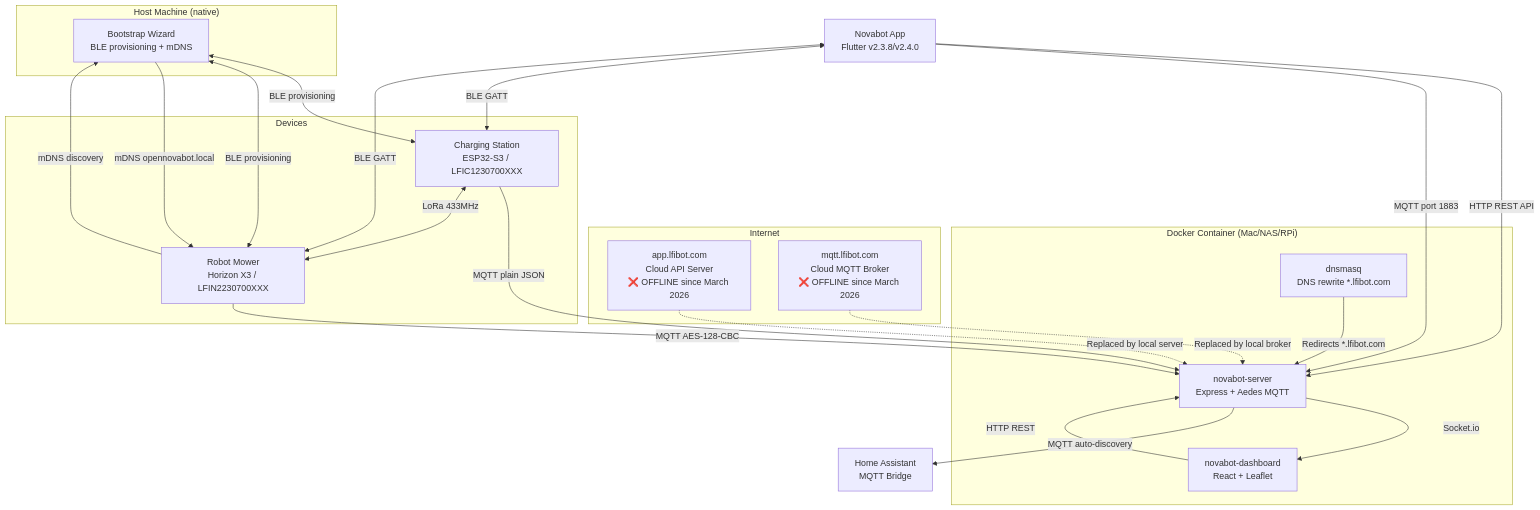
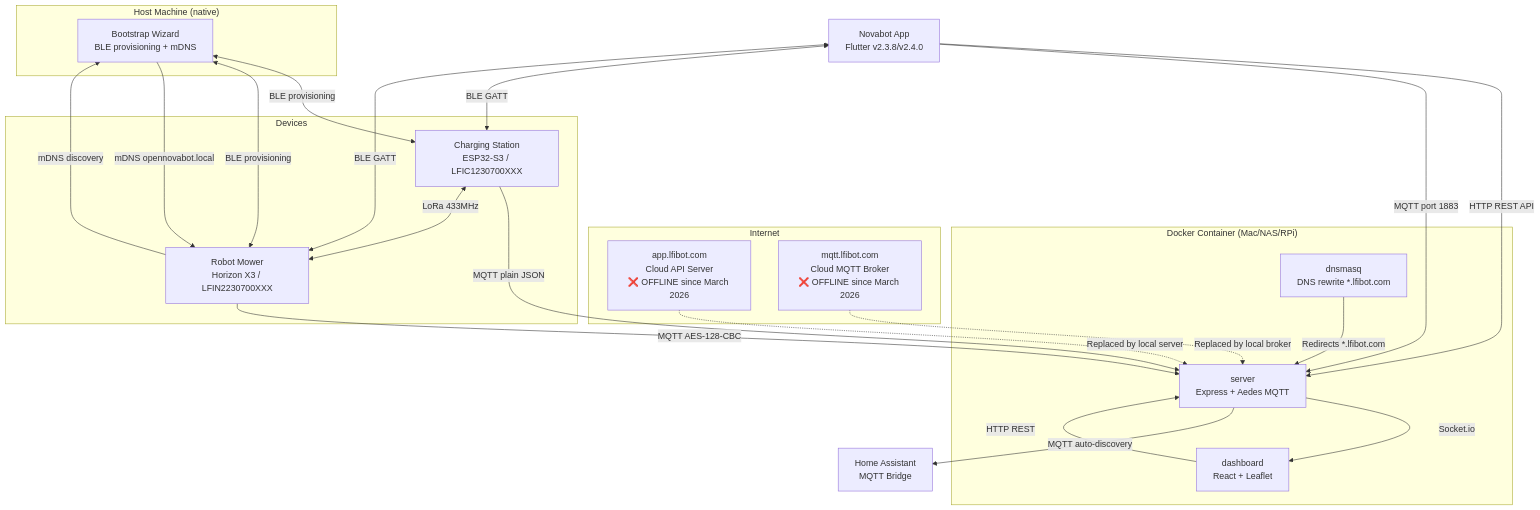
Before and after one commit to rvbcrs/Novabot: the first of 2 diagrams in docs/architecture/overview.md, drawn with Mermaid. The commit also changed other lines of this file and 6 other files, not shown here.

````diff
--- a/docs/architecture/overview.md
+++ b/docs/architecture/overview.md
@@ -8,44 +8,44 @@
 ```mermaid
 graph TB
     subgraph Internet
         Cloud[app.lfibot.com<br/>Cloud API Server<br/>❌ OFFLINE since March 2026]
         MQTT_Cloud[mqtt.lfibot.com<br/>Cloud MQTT Broker<br/>❌ OFFLINE since March 2026]
     end
 
     subgraph "Docker Container (Mac/NAS/RPi)"
         DNS[dnsmasq<br/>DNS rewrite *.lfibot.com]
-        Server[novabot-server<br/>Express + Aedes MQTT]
-        Dashboard[novabot-dashboard<br/>React + Leaflet]
+        Server[server<br/>Express + Aedes MQTT]
+        Dashboard[dashboard<br/>React + Leaflet]
     end
 
     subgraph "Host Machine (native)"
         Bootstrap[Bootstrap Wizard<br/>BLE provisioning + mDNS]
     end
 
     subgraph Devices
         Charger[Charging Station<br/>ESP32-S3 / LFIC1230700XXX]
         Mower[Robot Mower<br/>Horizon X3 / LFIN2230700XXX]
     end
 
     App[Novabot App<br/>Flutter v2.3.8/v2.4.0]
     HA[Home Assistant<br/>MQTT Bridge]
 
     DNS -->|Redirects *.lfibot.com| Server
     App -->|HTTP REST API| Server
     App -->|MQTT port 1883| Server
     App <-->|BLE GATT| Charger
     App <-->|BLE GATT| Mower
     Bootstrap <-->|BLE provisioning| Charger
     Bootstrap <-->|BLE provisioning| Mower
     Bootstrap -->|mDNS opennovabot.local| Mower
     Mower -->|mDNS discovery| Bootstrap
     Charger -->|MQTT plain JSON| Server
     Mower -->|MQTT AES-128-CBC| Server
     Charger <-->|LoRa 433MHz| Mower
     Server -->|Socket.io| Dashboard
     Server -->|MQTT auto-discovery| HA
     Dashboard -->|HTTP REST| Server
 
     Cloud -.->|Replaced by local server| Server
     MQTT_Cloud -.->|Replaced by local broker| Server
 ```
````
